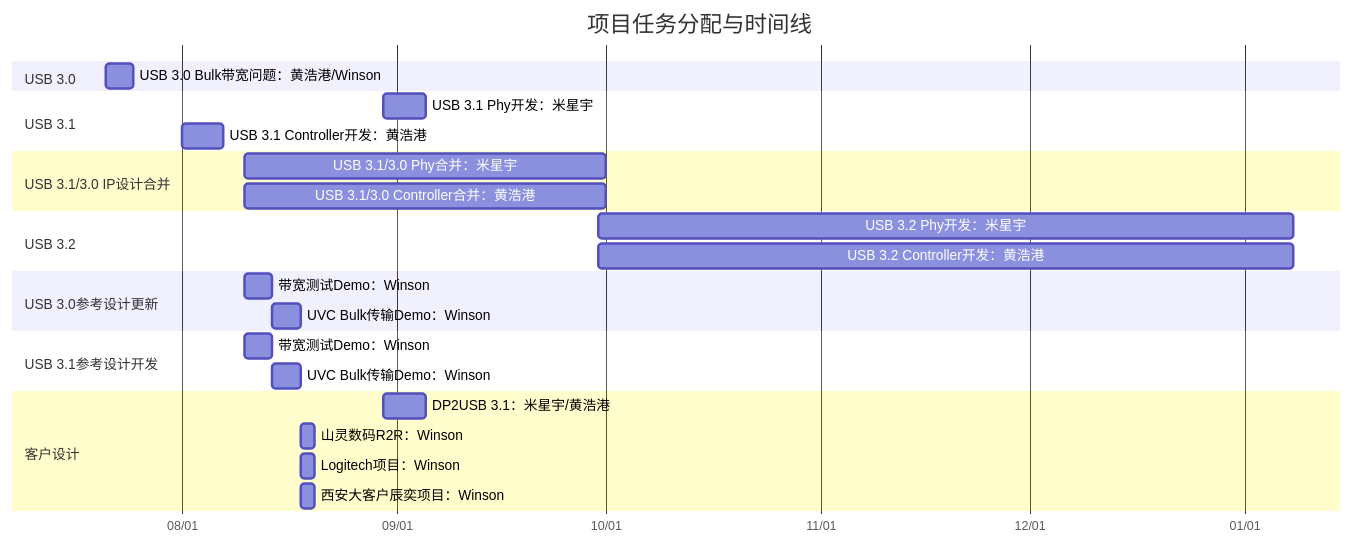
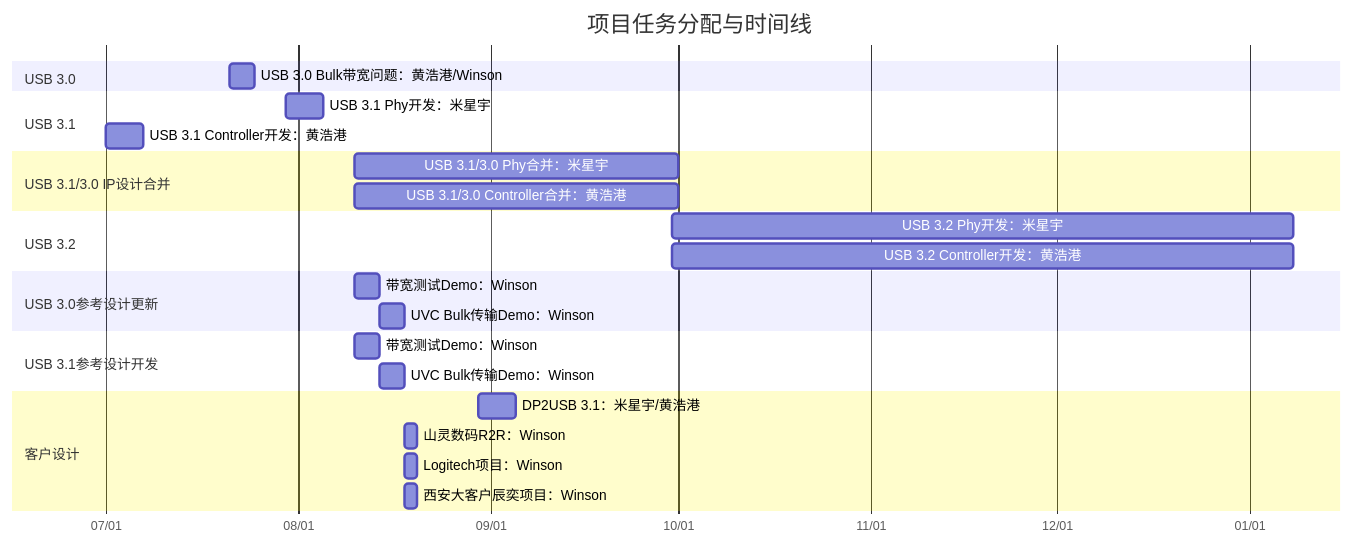
Before and after one commit to winsonbook/iodraw-files: the diagram in all/未命名.md, drawn with Mermaid.

Commit message:
2025-07-21 10:09:46 update

````diff
--- a/all/未命名.md
+++ b/all/未命名.md
@@ -1,35 +1,35 @@
 ```mermaid
 gantt
     title 项目任务分配与时间线
     dateFormat  YYYY-MM-DD
     axisFormat  %m/%d
 
     section USB 3.0
     USB 3.0 Bulk带宽问题：黄浩港/Winson   :    task1, 2025-07-21, 4d
 
     section USB 3.1
-    USB 3.1 Phy开发：米星宇      :         task2, 2025-08-30, 6d
-    USB 3.1 Controller开发：黄浩港      :  task3, 2025-08-01, 6d
+    USB 3.1 Phy开发：米星宇      :         task2, 2025-07-30, 6d
+    USB 3.1 Controller开发：黄浩港      :  task3, 2025-07-01, 6d
 
     section USB 3.1/3.0 IP设计合并
     USB 3.1/3.0 Phy合并：米星宇       :    task4, 2025-08-10, 52d
     USB 3.1/3.0 Controller合并：黄浩港:    task5, 2025-08-10, 52d
 
     section USB 3.2
     USB 3.2 Phy开发：米星宇      :         task2, 2025-09-30, 100d
     USB 3.2 Controller开发：黄浩港      :  task3, 2025-09-30, 100d
 
     section USB 3.0参考设计更新
     带宽测试Demo：Winson       :         task6, 2025-08-10, 4d
     UVC Bulk传输Demo：Winson   :        task7, 2025-08-14, 4d
 
     section USB 3.1参考设计开发
     带宽测试Demo：Winson       :         task8, 2025-08-10, 4d
     UVC Bulk传输Demo：Winson   :         task9, 2025-08-14, 4d
 
     section 客户设计
     DP2USB 3.1：米星宇/黄浩港      :task10, 2025-08-30, 6d
     山灵数码R2R：Winson :             task11, 2025-08-18, 2d
     Logitech项目：Winson :            task12, 2025-08-18, 2d
     西安大客户辰奕项目：Winson :       task13, 2025-08-18, 2d
 ```
````
